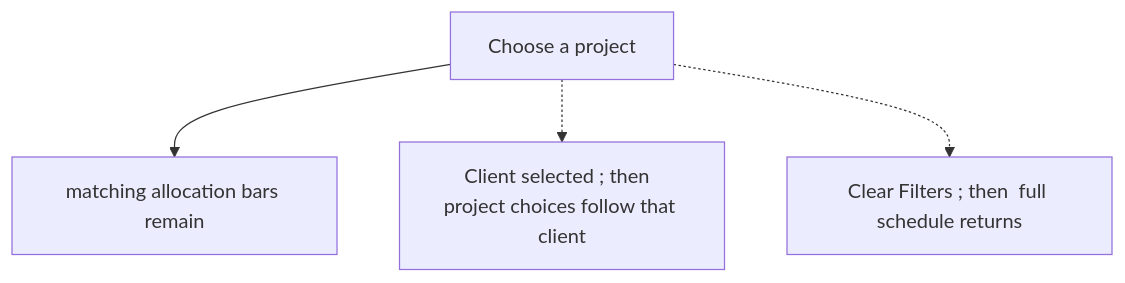
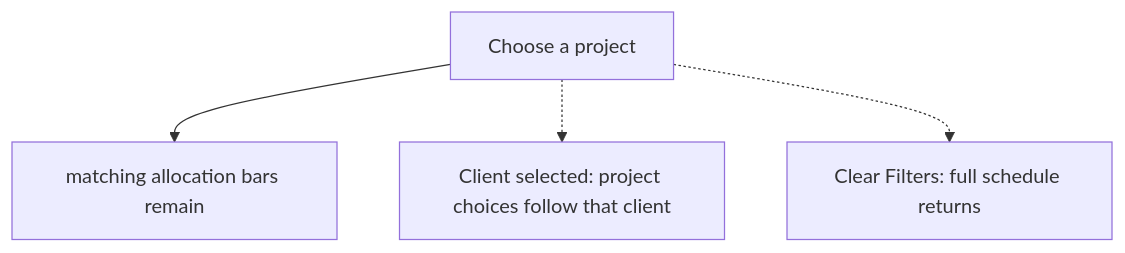
Before and after one commit to Kevinjohn/capacitylens: the first of 2 diagrams in user-stories/filters/US-FIL-04-filter-project.md, drawn with Mermaid. The commit also changed other lines of this file and 119 other files, not shown here.

First line of the commit message:
docs: correct story text and flow diagrams against current source

````diff
--- a/user-stories/filters/US-FIL-04-filter-project.md
+++ b/user-stories/filters/US-FIL-04-filter-project.md
@@ -22,10 +22,10 @@
 ```mermaid
 flowchart TD
   N1["Choose a project"]
   N2["matching allocation bars remain"]
-  B1["Client selected ; then  project choices follow that client"]
-  B2["Clear Filters ; then  full schedule returns"]
+  B1["Client selected: project choices follow that client"]
+  B2["Clear Filters: full schedule returns"]
   N1 --> N2
   N1 -.-> B1
   N1 -.-> B2
 ```
````
